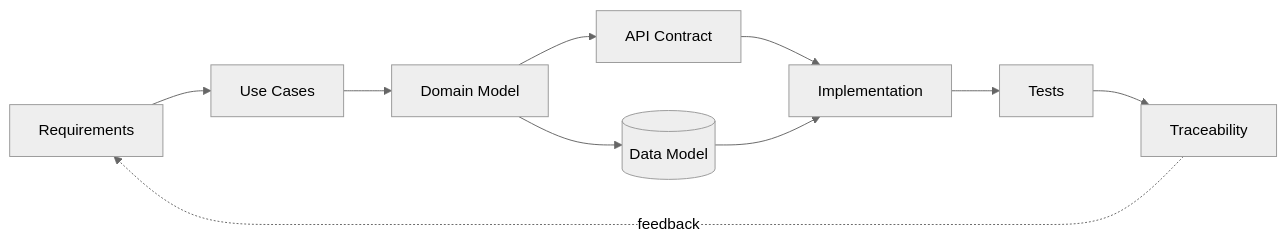
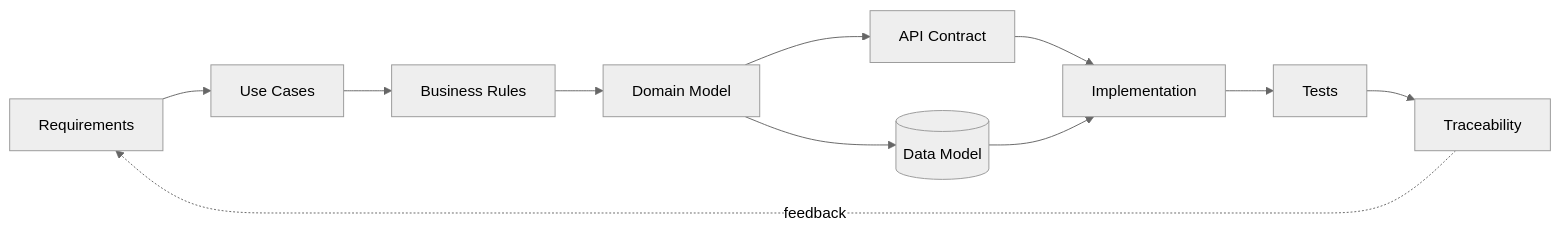
Before and after one commit to blsoo/blsoo: the diagram in README.md, drawn with Mermaid (neutral theme). The commit also changed other lines of this file, not shown here.

````diff
--- a/README.md
+++ b/README.md
@@ -31,12 +37,13 @@
 ```mermaid
 flowchart LR
     R[Requirements] --> UC[Use Cases]
-    UC --> D[Domain Model]
+    UC --> BR[Business Rules]
+    BR --> D[Domain Model]
     D --> API[API Contract]
     D --> DB[(Data Model)]
     API --> IMP[Implementation]
     DB --> IMP
     IMP --> T[Tests]
     T --> TR[Traceability]
     TR -. feedback .-> R
 ```
````
